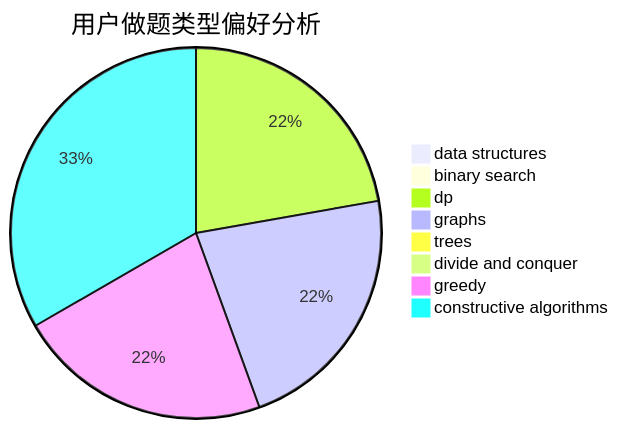
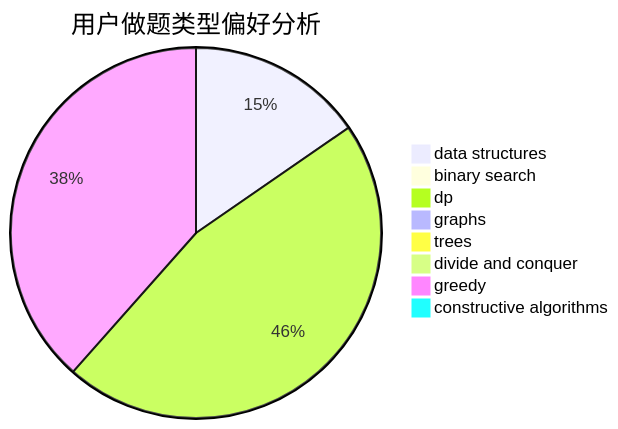
The second of 3 diagrams in docs/user/u503.md (sherpahu/cfrs.github.io), drawn with Mermaid before and after one commit. The commit also changed other lines of this file and 2770 other files, not shown here.

````diff
--- a/docs/user/u503.md
+++ b/docs/user/u503.md
@@ -23,11 +23,11 @@
 ```mermaid
 pie title 用户做题类型偏好分析
-    "data structures" :  0
+    "data structures" :  4
     "binary search" :  0
-    "dp" :  6
-    "graphs" :  6
+    "dp" :  12
+    "graphs" :  0
     "trees" :  0
     "divide and conquer" :  0
-    "greedy" :  6
-    "constructive algorithms" :  9
+    "greedy" :  10
+    "constructive algorithms" :  0
 ```
````
